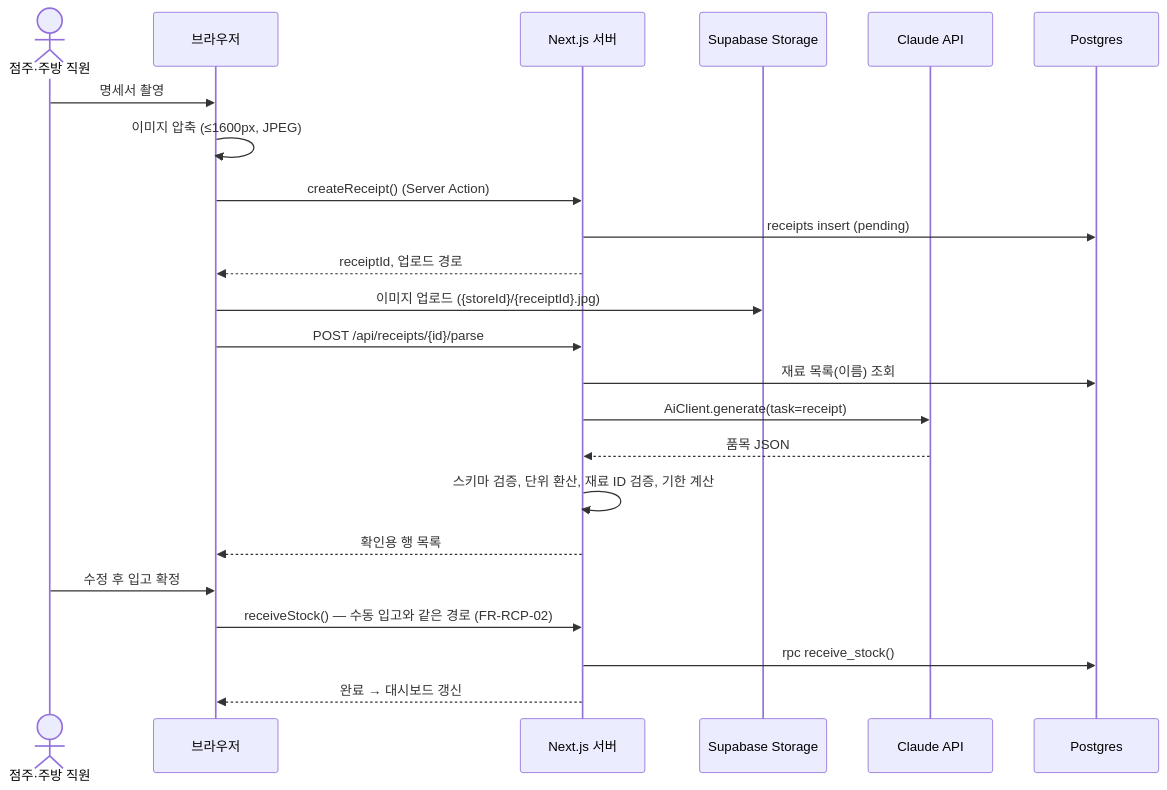
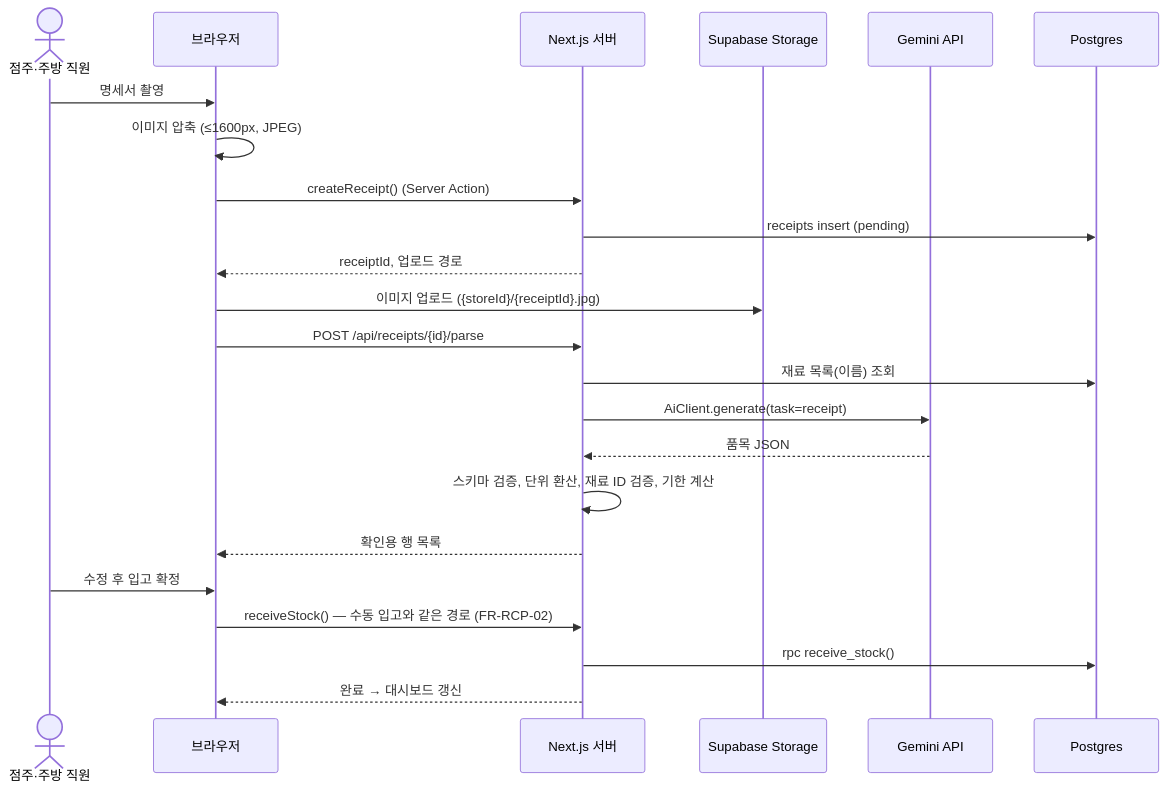
The first of 12 diagrams in docs/06_ARCHITECTURE.md (semicolon213/infood), drawn with Mermaid before and after one commit. The commit also changed other lines of this file and 10 other files, not shown here.

````diff
--- a/docs/06_ARCHITECTURE.md
+++ b/docs/06_ARCHITECTURE.md
@@ -112,26 +112,26 @@
 ```mermaid
 sequenceDiagram
     actor U as 점주·주방 직원
     participant C as 브라우저
     participant S as Next.js 서버
     participant ST as Supabase Storage
-    participant AI as Claude API
+    participant AI as Gemini API
     participant DB as Postgres
 
     U->>C: 명세서 촬영
     C->>C: 이미지 압축 (≤1600px, JPEG)
     C->>S: createReceipt() (Server Action)
     S->>DB: receipts insert (pending)
     S-->>C: receiptId, 업로드 경로
     C->>ST: 이미지 업로드 ({storeId}/{receiptId}.jpg)
     C->>S: POST /api/receipts/{id}/parse
     S->>DB: 재료 목록(이름) 조회
     S->>AI: AiClient.generate(task=receipt)
     AI-->>S: 품목 JSON
     S->>S: 스키마 검증, 단위 환산, 재료 ID 검증, 기한 계산
     S-->>C: 확인용 행 목록
     U->>C: 수정 후 입고 확정
     C->>S: receiveStock() — 수동 입고와 같은 경로 (FR-RCP-02)
     S->>DB: rpc receive_stock()
     S-->>C: 완료 → 대시보드 갱신
 ```
````
